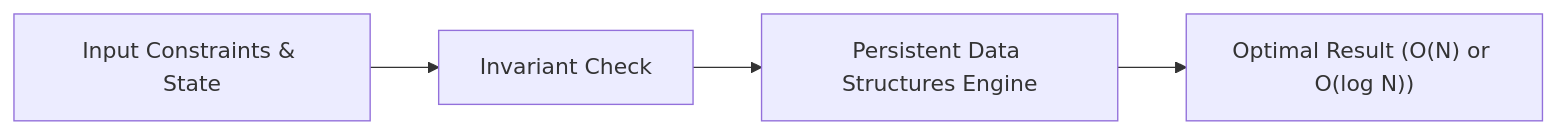
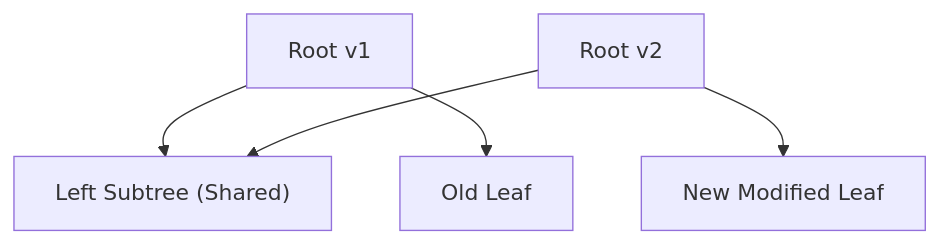
The diagram in week_16_advanced_data_structures/Week_16_Day_03_Persistent_Data_Structures_Instructional.md (dip4k/DSA_102), drawn with Mermaid before and after one commit. The commit also changed other lines of this file and 70 other files, not shown here.

````diff
--- a/week_16_advanced_data_structures/Week_16_Day_03_Persistent_Data_Structures_Instructional.md
+++ b/week_16_advanced_data_structures/Week_16_Day_03_Persistent_Data_Structures_Instructional.md
@@ -28,6 +30,7 @@
 ```mermaid
-flowchart LR
-    Input["Input Constraints & State"] --> Analysis["Invariant Check"]
-    Analysis --> Engine["Persistent Data Structures Engine"]
-    Engine --> Output["Optimal Result (O(N) or O(log N))"]
+flowchart TD
+    R1["Root v1"] --> L1["Left Subtree (Shared)"]
+    R1 --> M1["Old Leaf"]
+    R2["Root v2"] --> L1
+    R2 --> M2["New Modified Leaf"]
 ```
````
